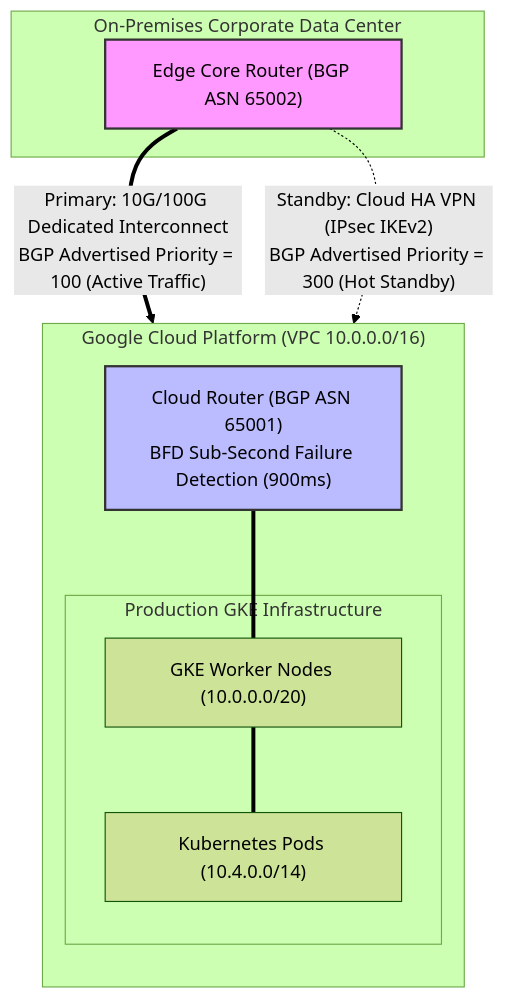
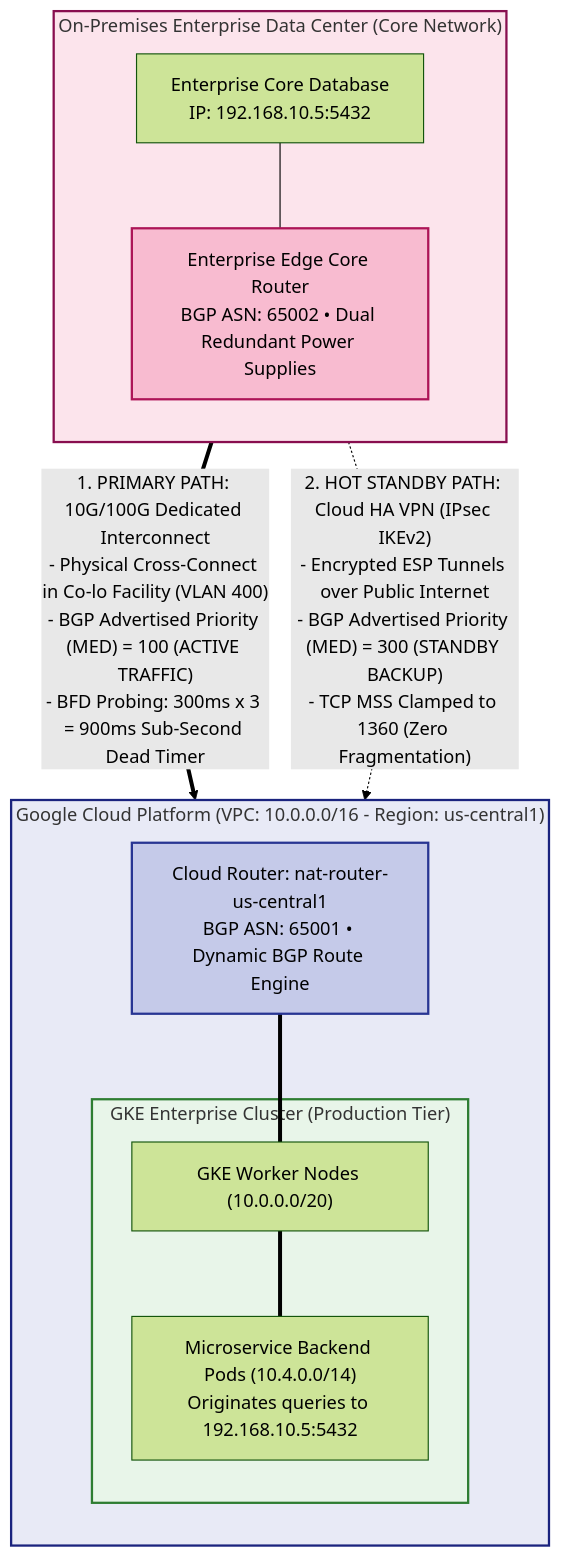
Before and after one commit to Chief-Strategist-J/gcd: diagram 11 of 15 in kubernetes/networking-shell-command.md, drawn with Mermaid (forest theme). The commit also changed other lines of this file, not shown here.

Commit message:
docs(networking): enrich all diagrams with step-by-step internal packet execution mechanics and detailed annotations

````diff
--- a/kubernetes/networking-shell-command.md
+++ b/kubernetes/networking-shell-command.md
@@ -1419,25 +1686,32 @@
 ```mermaid
 graph TB
-    subgraph ONPREM["On-Premises Corporate Data Center"]
-        OnPremRouter["Edge Core Router (BGP ASN 65002)"]
+    subgraph ONPREM["On-Premises Enterprise Data Center (Core Network)"]
+        direction TB
+        OnPremRouter["Enterprise Edge Core Router<br/>BGP ASN: 65002 • Dual Redundant Power Supplies"]
+        OnPremDB["Enterprise Core Database<br/>IP: 192.168.10.5:5432"]
+        OnPremDB --- OnPremRouter
     end
 
-    subgraph GCP["Google Cloud Platform (VPC 10.0.0.0/16)"]
+    subgraph GCP["Google Cloud Platform (VPC: 10.0.0.0/16 - Region: us-central1)"]
         direction TB
-        CloudRouter["Cloud Router (BGP ASN 65001)<br/>BFD Sub-Second Failure Detection (900ms)"]
+        CloudRouter["Cloud Router: nat-router-us-central1<br/>BGP ASN: 65001 • Dynamic BGP Route Engine"]
         
-        subgraph WORKLOADS["Production GKE Infrastructure"]
+        subgraph WORKLOADS["GKE Enterprise Cluster (Production Tier)"]
             GKENodes["GKE Worker Nodes (10.0.0.0/20)"]
-            GKEPods["Kubernetes Pods (10.4.0.0/14)"]
+            GKEPods["Microservice Backend Pods (10.4.0.0/14)<br/>Originates queries to 192.168.10.5:5432"]
+            GKENodes === GKEPods
         end
+
+        CloudRouter === GKENodes
     end
 
-    OnPremRouter == "Primary: 10G/100G Dedicated Interconnect<br/>BGP Advertised Priority = 100 (Active Traffic)" ==> CloudRouter
-    OnPremRouter -. "Standby: Cloud HA VPN (IPsec IKEv2)<br/>BGP Advertised Priority = 300 (Hot Standby)" .-> CloudRouter
+    OnPremRouter == "1. PRIMARY PATH: 10G/100G Dedicated Interconnect<br/>- Physical Cross-Connect in Co-lo Facility (VLAN 400)<br/>- BGP Advertised Priority (MED) = 100 (ACTIVE TRAFFIC)<br/>- BFD Probing: 300ms x 3 = 900ms Sub-Second Dead Timer" ==> CloudRouter
 
-    CloudRouter === GKENodes
-    GKENodes === GKEPods
+    OnPremRouter -. "2. HOT STANDBY PATH: Cloud HA VPN (IPsec IKEv2)<br/>- Encrypted ESP Tunnels over Public Internet<br/>- BGP Advertised Priority (MED) = 300 (STANDBY BACKUP)<br/>- TCP MSS Clamped to 1360 (Zero Fragmentation)" .-> CloudRouter
 
-    style OnPremRouter fill:#f9f,stroke:#333,stroke-width:2px
-    style CloudRouter fill:#bbf,stroke:#333,stroke-width:2px
+    style ONPREM fill:#fce4ec,stroke:#880e4f,stroke-width:2px
+    style GCP fill:#e8eaf6,stroke:#1a237e,stroke-width:2px
+    style OnPremRouter fill:#f8bbd0,stroke:#ad1457,stroke-width:2px
+    style CloudRouter fill:#c5cae9,stroke:#283593,stroke-width:2px
+    style WORKLOADS fill:#e8f5e9,stroke:#2e7d32,stroke-width:2px
 ```
````
